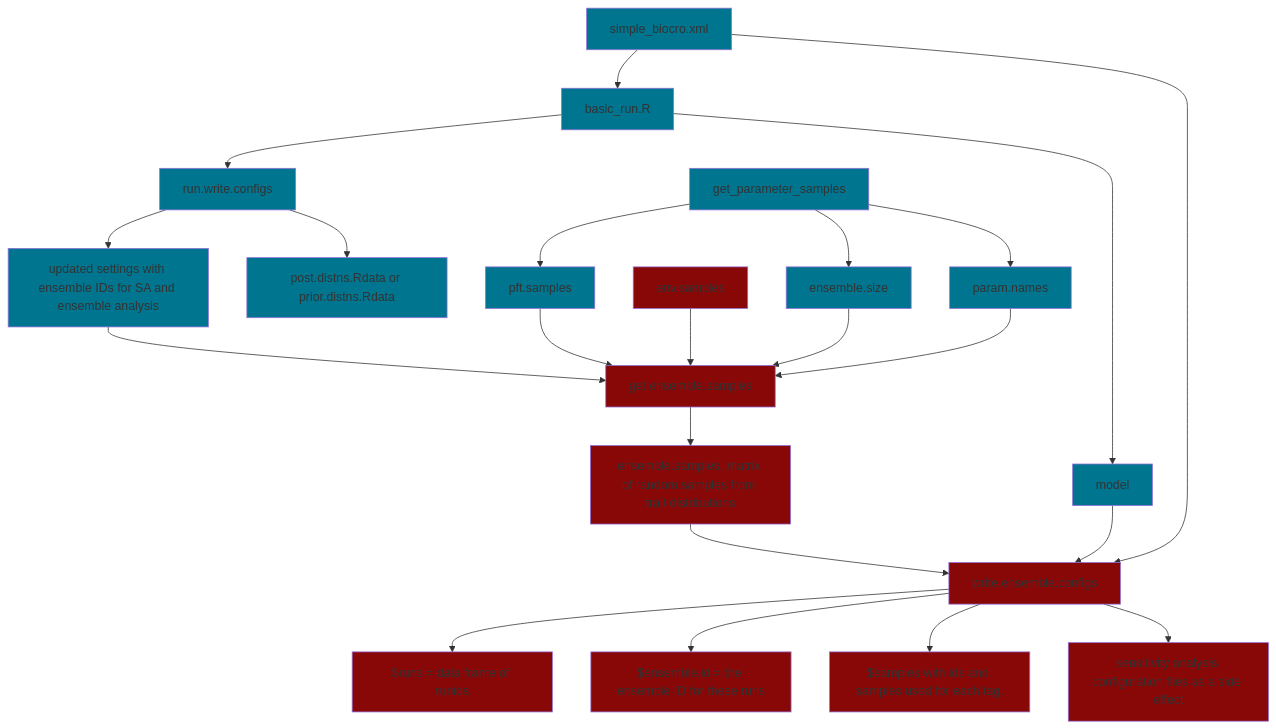
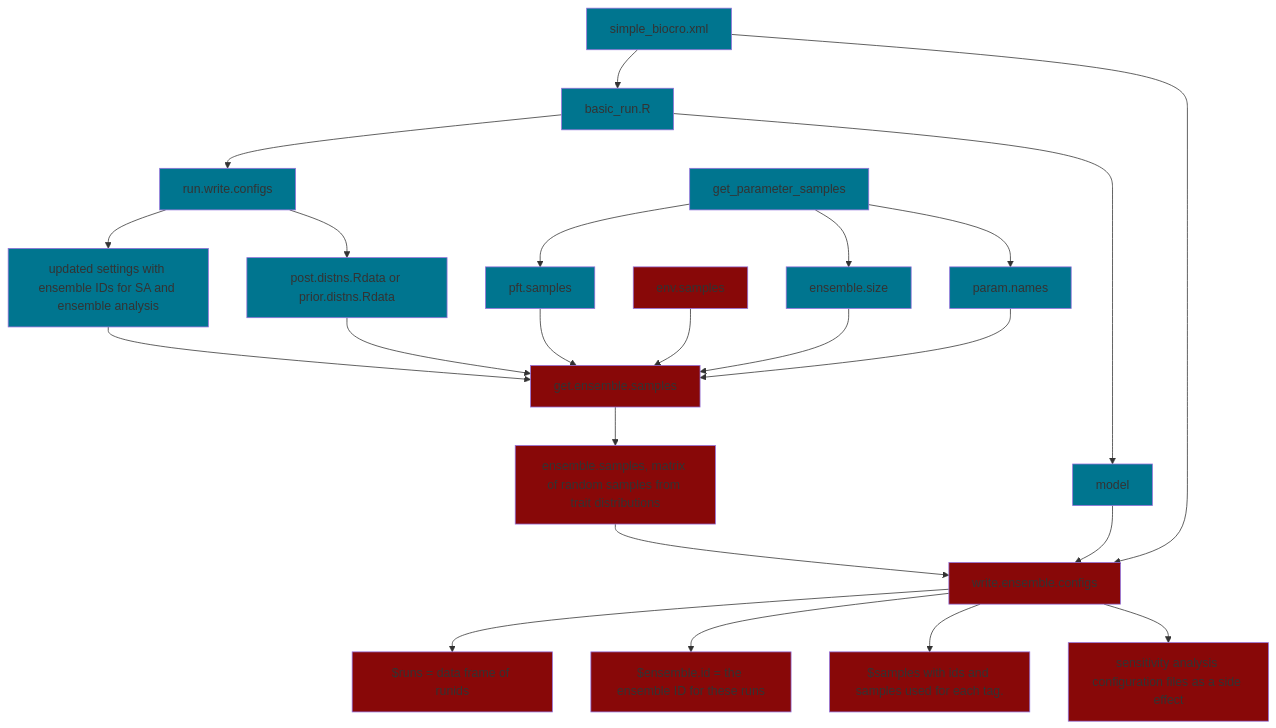
Before and after one commit to ecamo19/gsoc_project_2022_vm: the diagram in README.md, drawn with Mermaid.

````diff
--- a/README.md
+++ b/README.md
@@ -47,61 +47,62 @@
 ```mermaid
   graph TD;
       
       simple_biocro.xml-->basic_run.R;
       
       basic_run.R-->run.write.configs;
-      
       basic_run.R-->model;
       
       
       run.write.configs-->output_1[updated settings with ensemble IDs for SA and ensemble analysis ];
       run.write.configs-->posterior.files[post.distns.Rdata or prior.distns.Rdata];
       output_1[updated settings with ensemble IDs for SA and ensemble analysis]-->get.ensemble.samples;
+      
+      posterior.files[post.distns.Rdata or prior.distns.Rdata]-->get.ensemble.samples;
       
       input_get_ensemble_1[pft.samples]-->get.ensemble.samples;
       input_get_ensemble_2[env.samples]-->get.ensemble.samples;
       input_get_ensemble_3[ensemble.size]-->get.ensemble.samples;
       input_get_ensemble_4[param.names]-->get.ensemble.samples;
       
       get_parameter_samples-->input_get_ensemble_1[pft.samples];  
       get_parameter_samples-->input_get_ensemble_3[ensemble.size];
       get_parameter_samples-->input_get_ensemble_4[param.names];
       
       get.ensemble.samples-->output_get_ensemble[ensemble.samples, matrix of random samples from trait distributions];
       
       output_get_ensemble[ensemble.samples, matrix of random samples from trait distributions]-->write.ensemble.configs;
       model-->write.ensemble.configs;
       simple_biocro.xml-->write.ensemble.configs;
       
       write.ensemble.configs-->output_write_ensemble_1[$runs = data frame of runids];
       write.ensemble.configs-->output_write_ensemble_2[$ensemble.id = the ensemble ID for these runs];
       write.ensemble.configs-->output_write_ensemble_3[$samples with ids and samples used for each tag.];
       write.ensemble.configs-->output_write_ensemble_4[sensitivity analysis configuration files as a side effect];
       
       %% Blue color boxes
       
       style get_parameter_samples fill:#00758f
       style basic_run.R fill:#00758f
       style output_1 fill:#00758f
       style run.write.configs fill:#00758f
       style simple_biocro.xml fill:#00758f
       style posterior.files fill:#00758f
       style input_get_ensemble_1 fill:#00758f
       
       style input_get_ensemble_3 fill:#00758f
       style input_get_ensemble_4 fill:#00758f
       style model fill:#00758f 
       
       %% Red color boxes  
       
       style input_get_ensemble_2 fill:#880808
       style get.ensemble.samples fill:#880808
       style output_get_ensemble  fill:#880808 
       
       style write.ensemble.configs fill:#880808
       style output_write_ensemble_1 fill:#880808
       style output_write_ensemble_2 fill:#880808
       style output_write_ensemble_3 fill:#880808
       style output_write_ensemble_4 fill:#880808
       
 ```
````
